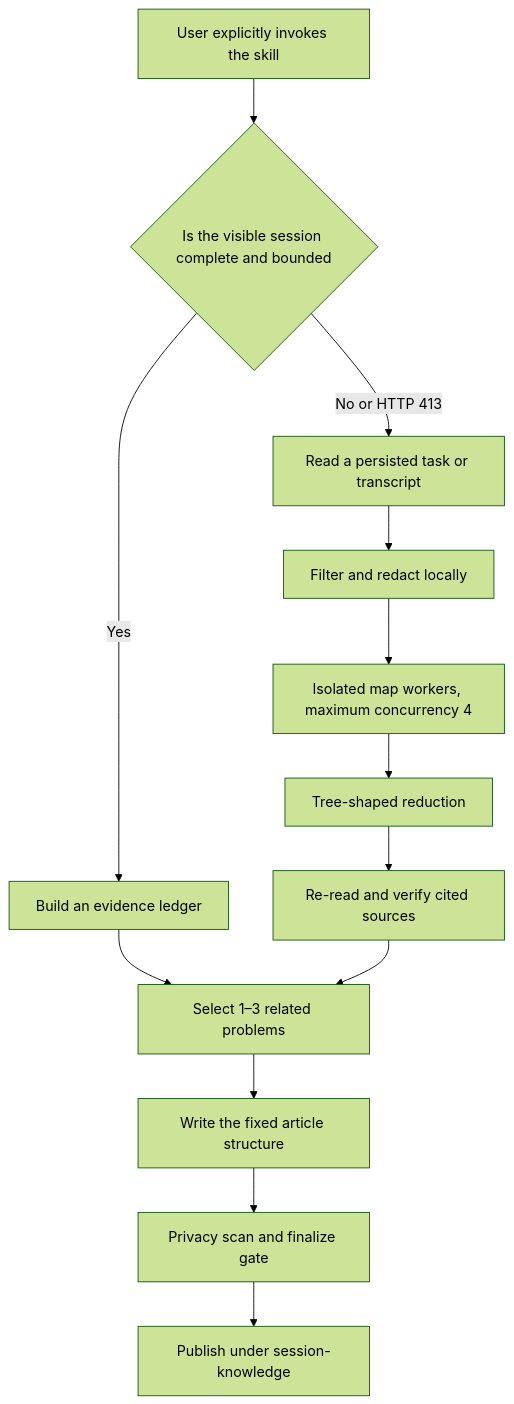
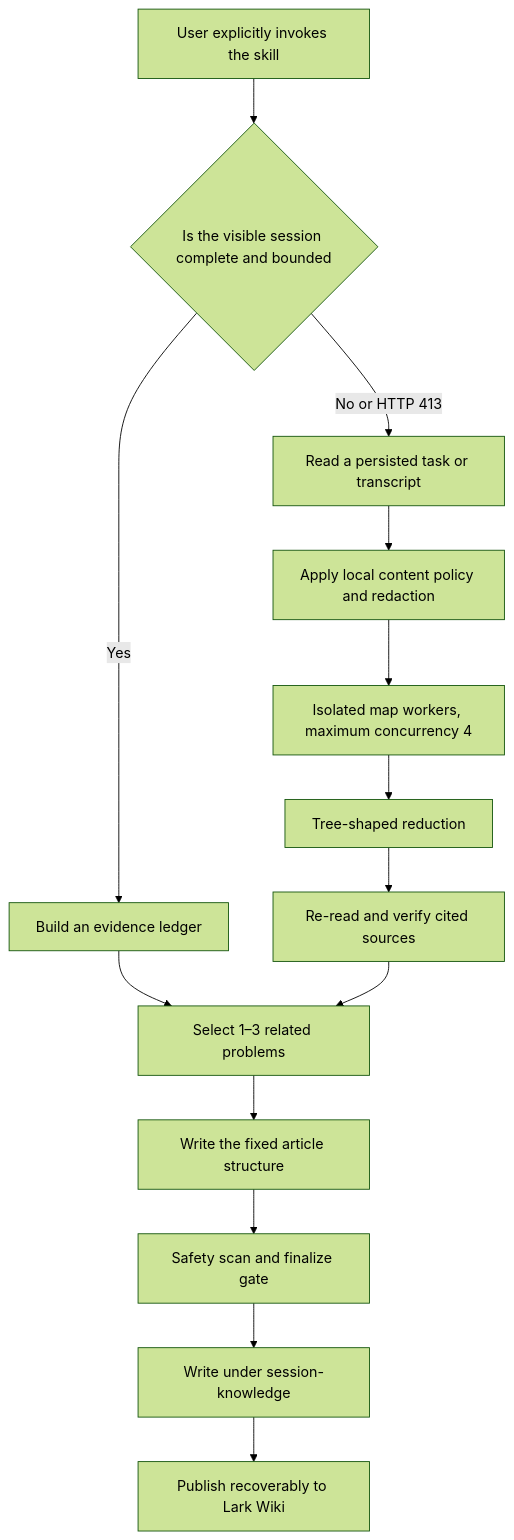
Before and after one commit to tranfu-labs/tranfu-skills: the diagram in own-skills/session-to-knowledge/README.en.md, drawn with Mermaid (forest theme). The commit also changed other lines of this file and 9 other files, not shown here.

````diff
--- a/own-skills/session-to-knowledge/README.en.md
+++ b/own-skills/session-to-knowledge/README.en.md
@@ -167,15 +182,16 @@
 ```mermaid
 flowchart TD
     A["User explicitly invokes the skill"] --> B{"Is the visible session complete and bounded"}
     B -->|Yes| C["Build an evidence ledger"]
     B -->|No or HTTP 413| D["Read a persisted task or transcript"]
-    D --> E["Filter and redact locally"]
+    D --> E["Apply local content policy and redaction"]
     E --> F["Isolated map workers, maximum concurrency 4"]
     F --> G["Tree-shaped reduction"]
     G --> H["Re-read and verify cited sources"]
     C --> I["Select 1–3 related problems"]
     H --> I
     I --> J["Write the fixed article structure"]
-    J --> K["Privacy scan and finalize gate"]
-    K --> L["Publish under session-knowledge"]
+    J --> K["Safety scan and finalize gate"]
+    K --> L["Write under session-knowledge"]
+    L --> M["Publish recoverably to Lark Wiki"]
 ```
````
